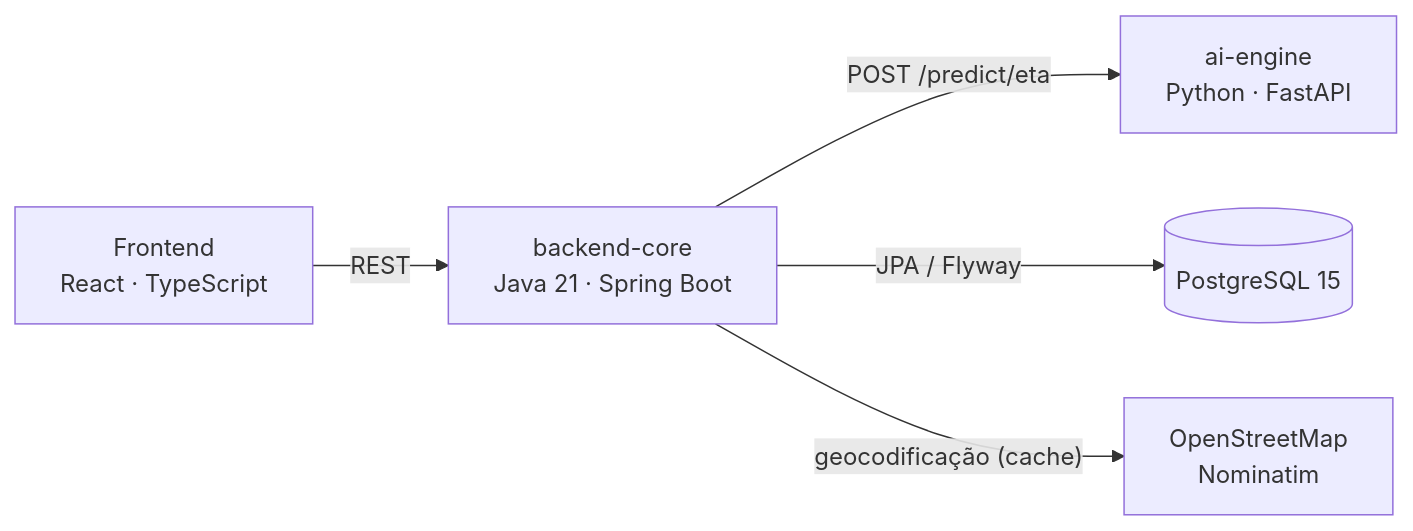
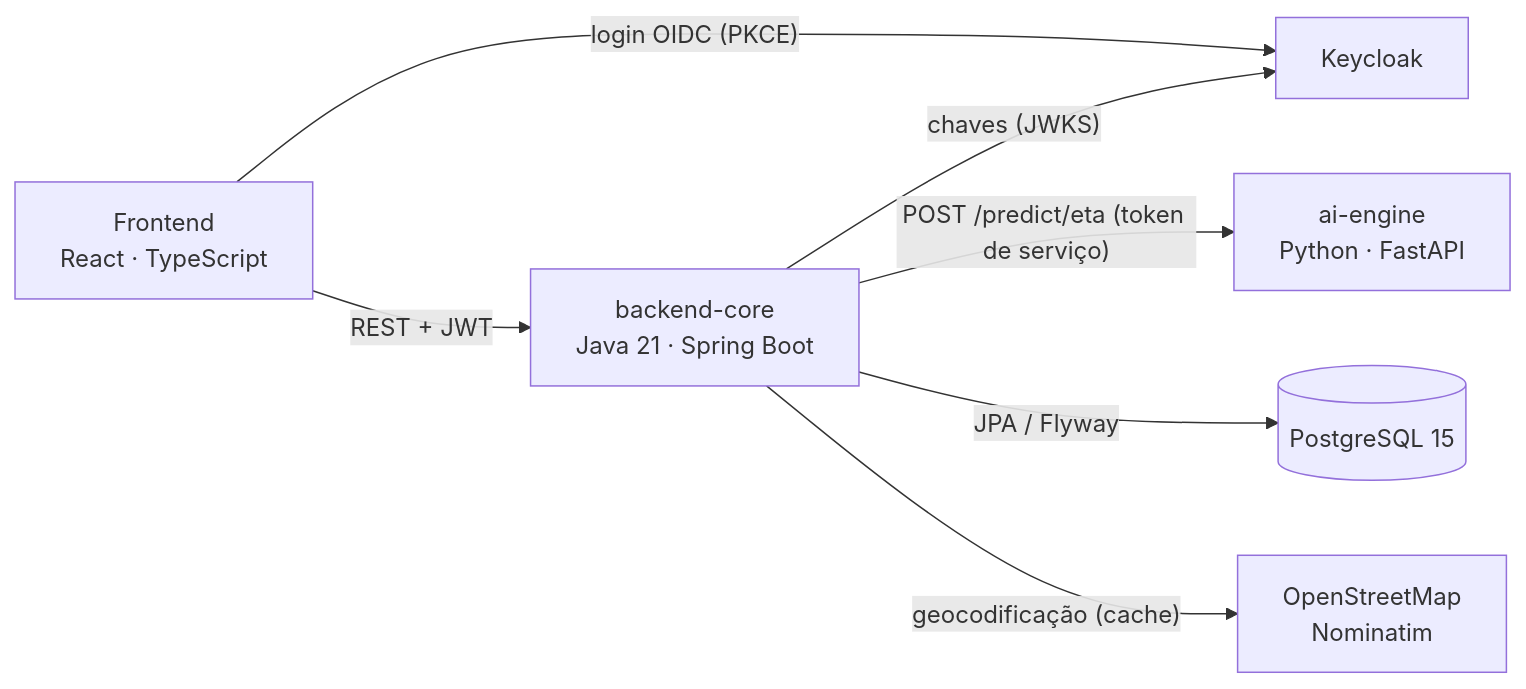
One commit to carlosjc31/smartroute-logistics changed the diagram in README.md. Above: the diagram before and after it, drawn with Mermaid. The commit also changed other lines of this file and 65 other files, not shown here.

````diff
--- a/README.md
+++ b/README.md
@@ -50,7 +52,9 @@
 ```mermaid
 flowchart LR
-    UI["Frontend<br/>React · TypeScript"] -- REST --> API["backend-core<br/>Java 21 · Spring Boot"]
-    API -- "POST /predict/eta" --> AI["ai-engine<br/>Python · FastAPI"]
+    UI["Frontend<br/>React · TypeScript"] -- "REST + JWT" --> API["backend-core<br/>Java 21 · Spring Boot"]
+    UI -- "login OIDC (PKCE)" --> KC["Keycloak"]
+    API -- "chaves (JWKS)" --> KC
+    API -- "POST /predict/eta (token de serviço)" --> AI["ai-engine<br/>Python · FastAPI"]
     API -- JPA / Flyway --> DB[("PostgreSQL 15")]
     API -- "geocodificação (cache)" --> OSM["OpenStreetMap<br/>Nominatim"]
 ```
````
